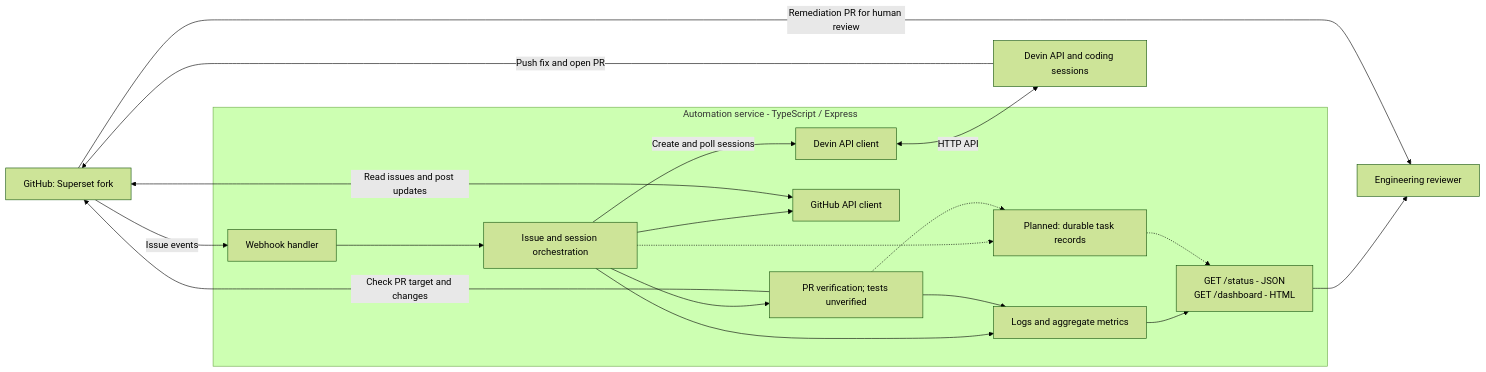
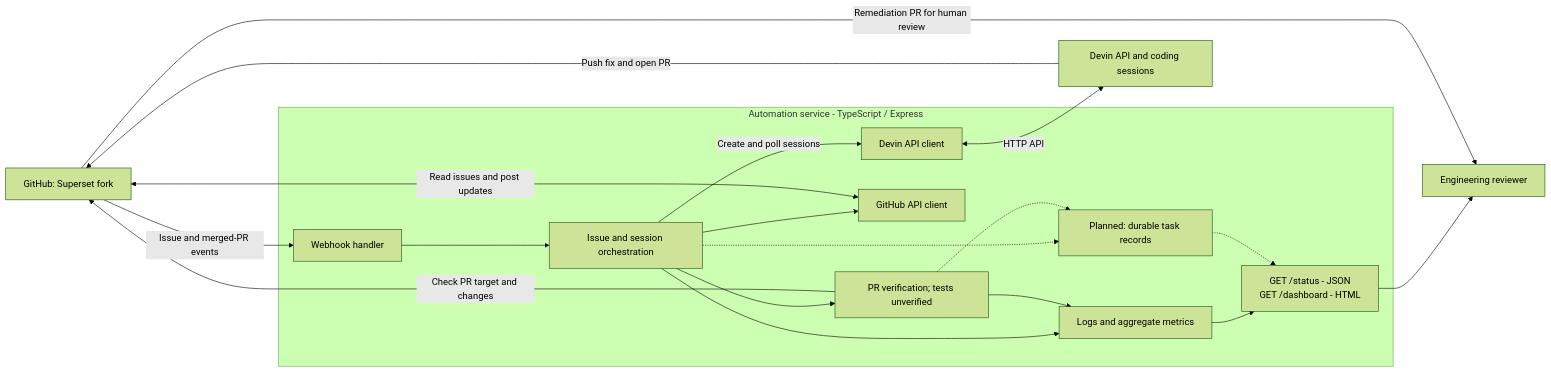
The first of 2 diagrams in README.md (chengify/devin-demo), drawn with Mermaid (forest theme) before and after one commit. The commit also changed other lines of this file and 7 other files, not shown here.

````diff
--- a/README.md
+++ b/README.md
@@ -60,35 +60,35 @@
 ```mermaid
 flowchart LR
     github["GitHub: Superset fork"]
     devin["Devin API and coding sessions"]
     reviewer["Engineering reviewer"]
 
     subgraph service["Automation service - TypeScript / Express"]
         webhook["Webhook handler"]
         automation["Issue and session orchestration"]
         client["Devin API client"]
         ghclient["GitHub API client"]
         metrics["Logs and aggregate metrics"]
         status["GET /status - JSON<br/>GET /dashboard - HTML"]
         tasks["Planned: durable task records"]
         verify["PR verification; tests unverified"]
     end
 
-    github -->|Issue events| webhook
+    github -->|Issue and merged-PR events| webhook
     webhook --> automation
     automation -->|Create and poll sessions| client
     client <-->|HTTP API| devin
     automation --> ghclient
     ghclient <-->|Read issues and post updates| github
     automation --> metrics
     metrics --> status
     status --> reviewer
     automation -.-> tasks
     devin -->|Push fix and open PR| github
     automation --> verify
     verify -->|Check PR target and changes| github
     verify --> metrics
     verify -.-> tasks
     tasks -.-> status
     github -->|Remediation PR for human review| reviewer
 ```
````
